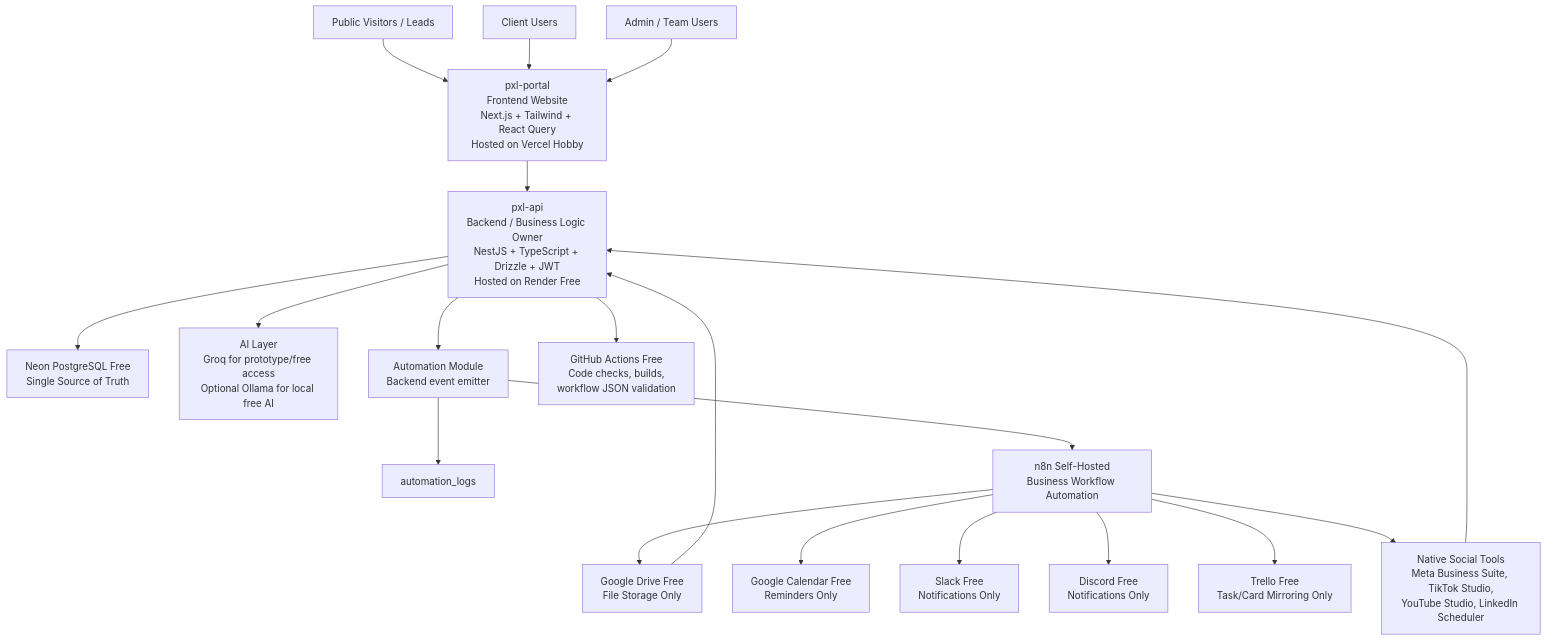
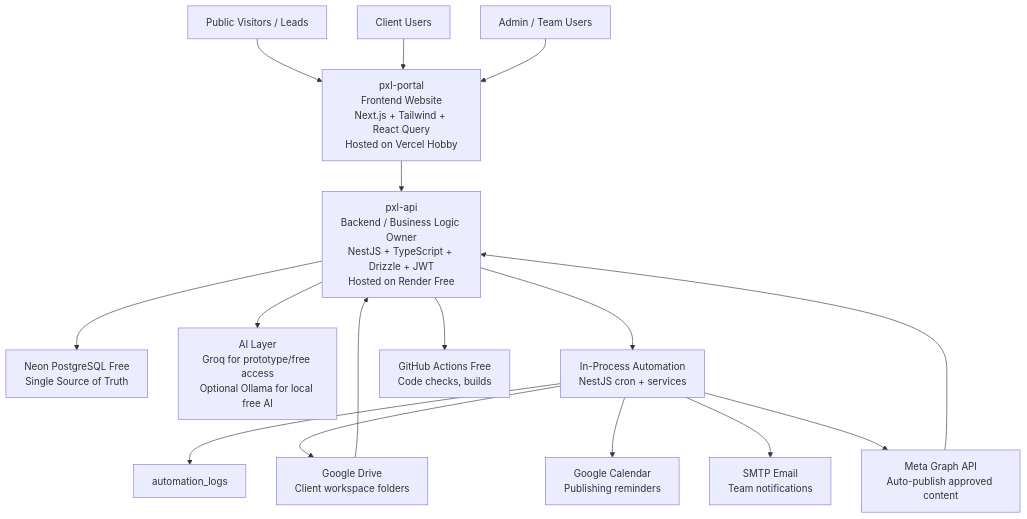
Before and after one commit to pxl-lgp/.github: the second of 6 diagrams in profile/README.md, drawn with Mermaid. The commit also changed other lines of this file, not shown here.

First line of the commit message:
Revise README for automation updates and clarifications

````diff
--- a/profile/README.md
+++ b/profile/README.md
@@ -224,25 +227,22 @@
 ```mermaid
 flowchart TB
   Public["Public Visitors / Leads"] --> Portal["pxl-portal<br/>Frontend Website<br/>Next.js + Tailwind + React Query<br/>Hosted on Vercel Hobby"]
   Client["Client Users"] --> Portal
   Team["Admin / Team Users"] --> Portal
 
   Portal --> API["pxl-api<br/>Backend / Business Logic Owner<br/>NestJS + TypeScript + Drizzle + JWT<br/>Hosted on Render Free"]
   API --> DB["Neon PostgreSQL Free<br/>Single Source of Truth"]
 
   API --> AI["AI Layer<br/>Groq for prototype/free access<br/>Optional Ollama for local free AI"]
-  API --> Automation["Automation Module<br/>Backend event emitter"]
+  API --> Automation["In-Process Automation<br/>NestJS cron + services"]
   Automation --> Logs["automation_logs"]
-  Automation --> N8N["n8n Self-Hosted<br/>Business Workflow Automation"]
-  API --> GHA["GitHub Actions Free<br/>Code checks, builds,<br/>workflow JSON validation"]
+  API --> GHA["GitHub Actions Free<br/>Code checks, builds"]
 
-  N8N --> Drive["Google Drive Free<br/>File Storage Only"]
-  N8N --> Calendar["Google Calendar Free<br/>Reminders Only"]
-  N8N --> Slack["Slack Free<br/>Notifications Only"]
-  N8N --> Discord["Discord Free<br/>Notifications Only"]
-  N8N --> Trello["Trello Free<br/>Task/Card Mirroring Only"]
-  N8N --> Social["Native Social Tools<br/>Meta Business Suite, TikTok Studio,<br/>YouTube Studio, LinkedIn Scheduler"]
+  Automation --> Drive["Google Drive<br/>Client workspace folders"]
+  Automation --> Calendar["Google Calendar<br/>Publishing reminders"]
+  Automation --> Email["SMTP Email<br/>Team notifications"]
+  Automation --> Meta["Meta Graph API<br/>Auto-publish approved content"]
 
   Drive --> API
-  Social --> API
+  Meta --> API
 ```
````
